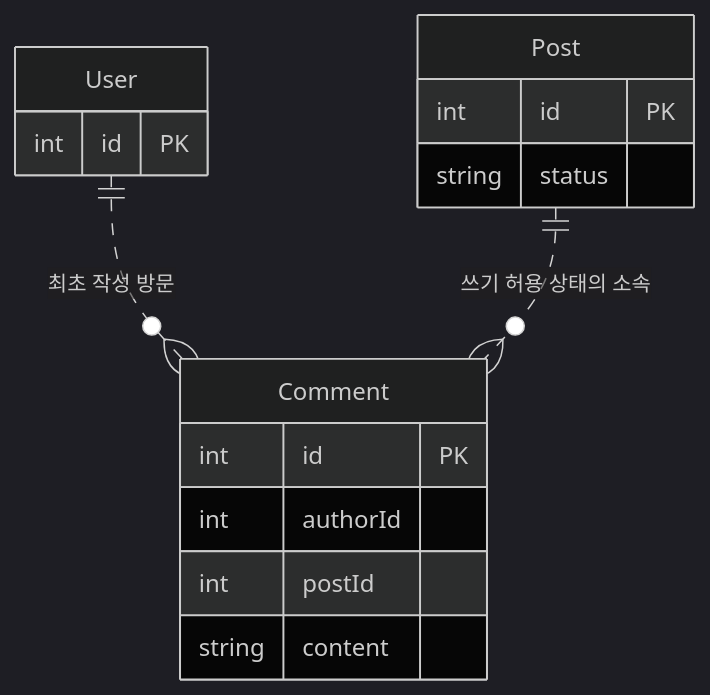
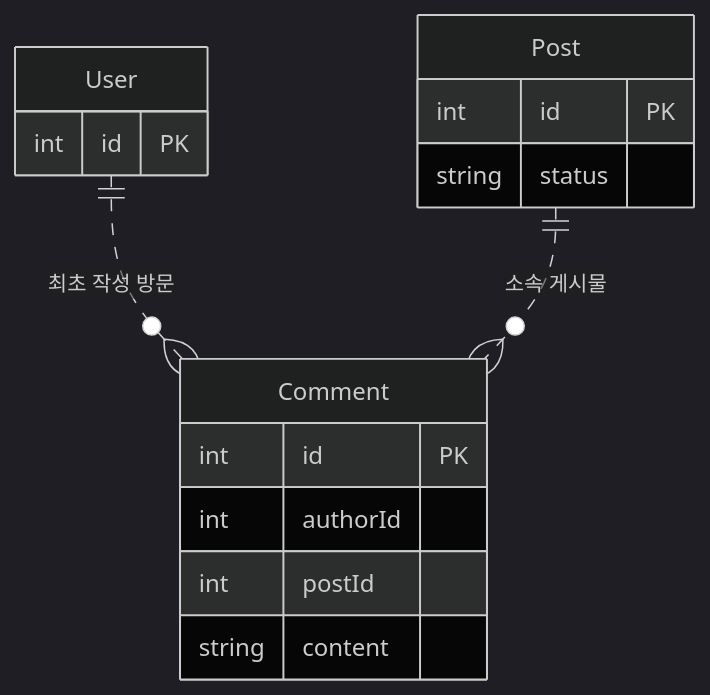
One commit to luke0408/blog-erd changed the second of 9 diagrams in docs/comment-management.md. Above: the diagram before and after it, drawn with Mermaid (dark theme). The commit also changed other lines of this file and 5 other files, not shown here.

Commit message:
docs(erd): reorder student questions by design requirements

````diff
--- a/docs/comment-management.md
+++ b/docs/comment-management.md
@@ -34,18 +43,18 @@
 ```mermaid
 erDiagram
     User {
         int id PK
     }
     Post {
         int id PK
         string status
     }
     Comment {
         int id PK
         int authorId
         int postId
         string content
     }
     User ||..o{ Comment : "최초 작성 방문"
-    Post ||..o{ Comment : "쓰기 허용 상태의 소속"
+    Post ||..o{ Comment : "소속 게시물"
 ```
````
